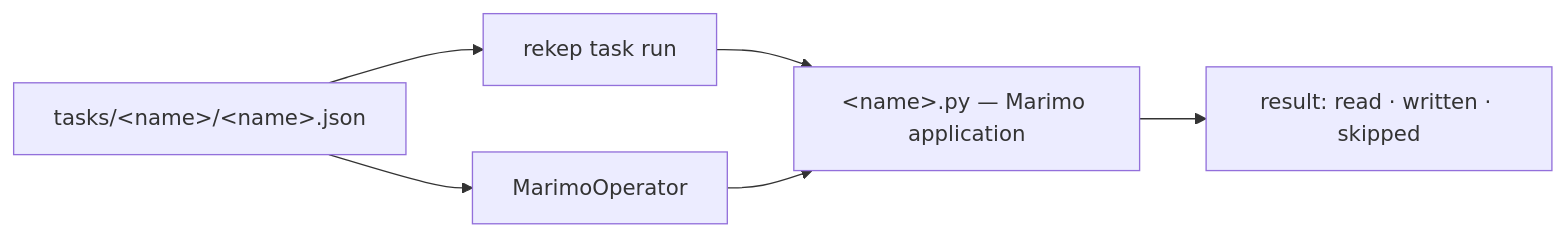
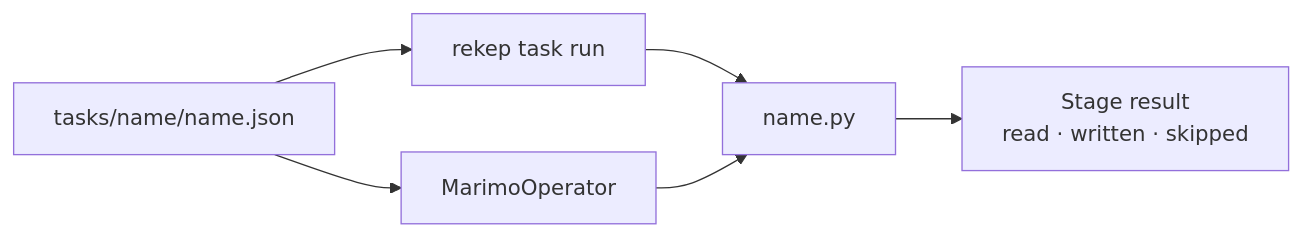
The second of 2 diagrams in docs/pipeline/index.md (Platob/yggfin), drawn with Mermaid before and after one commit. The commit also changed other lines of this file and 46 other files, not shown here.

````diff
--- a/docs/pipeline/index.md
+++ b/docs/pipeline/index.md
@@ -44,8 +38,8 @@
 ```mermaid
 flowchart LR
-    J["tasks/&lt;name&gt;/&lt;name&gt;.json"] --> R["rekep task run"]
+    J["tasks/name/name.json"] --> R["rekep task run"]
     J --> O["MarimoOperator"]
-    R --> A["&lt;name&gt;.py — Marimo application"]
+    R --> A["name.py"]
     O --> A
-    A --> S["result: read · written · skipped"]
+    A --> S["Stage result<br/>read · written · skipped"]
 ```
````
